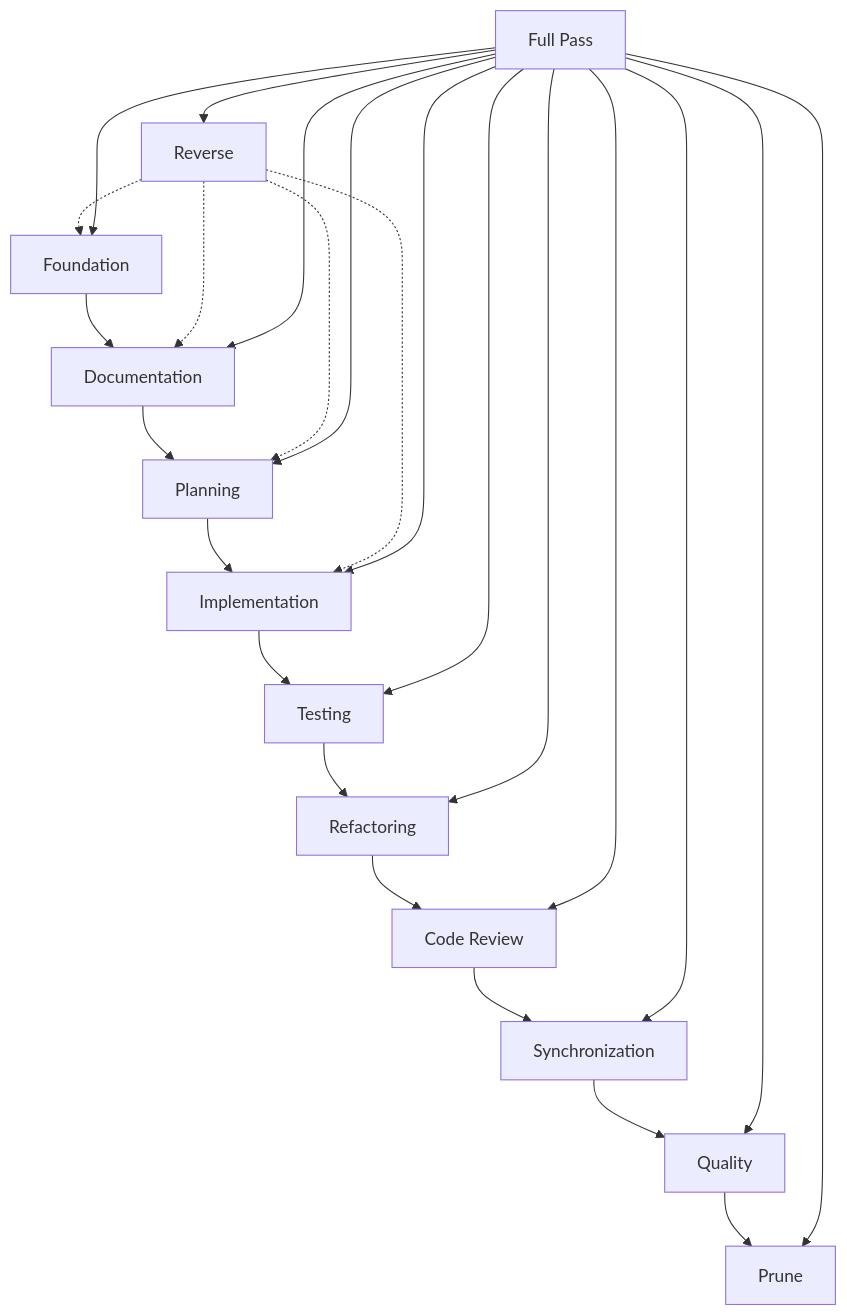
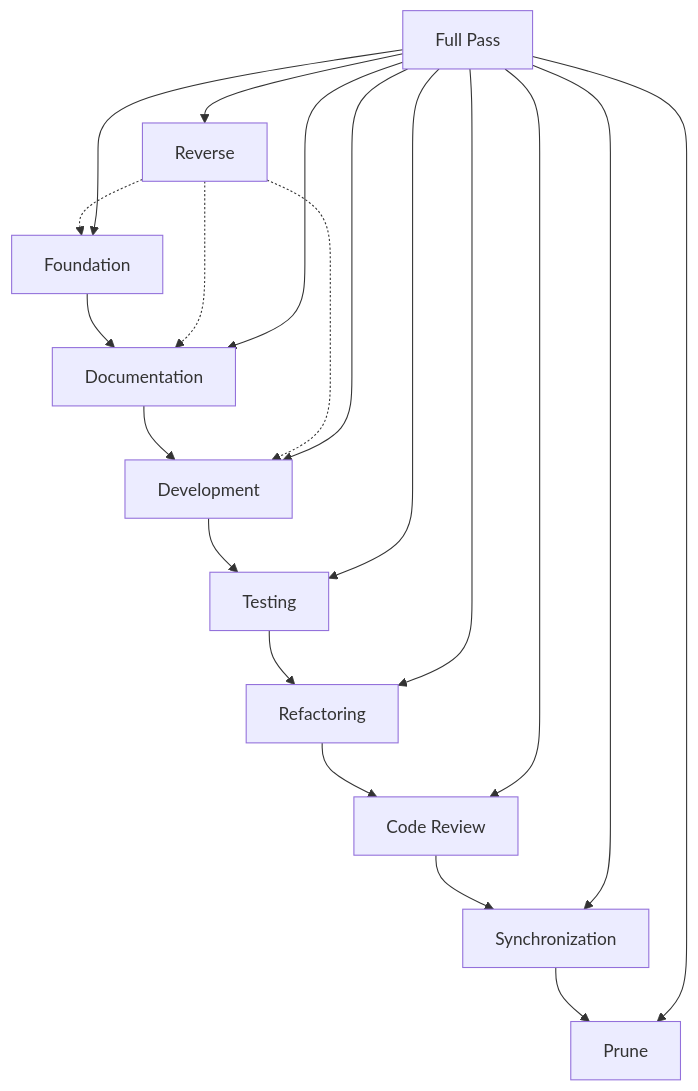
The second of 2 diagrams in docs/designs/DDD-PASSES.md (ningsuhen/agent3d), drawn with Mermaid before and after one commit. The commit also changed other lines of this file and 6 other files, not shown here.

````diff
--- a/docs/designs/DDD-PASSES.md
+++ b/docs/designs/DDD-PASSES.md
@@ -130,29 +118,24 @@
 ```mermaid
 graph TD
     F[Foundation] --> D[Documentation]
-    D --> PL[Planning]
-    PL --> I[Implementation]
-    I --> T[Testing]
+    D --> DEV[Development]
+    DEV --> T[Testing]
     T --> R[Refactoring]
     R --> CR[Code Review]
     CR --> S[Synchronization]
-    S --> Q[Quality]
-    Q --> P[Prune]
+    S --> P[Prune]
 
     Rev[Reverse] -.-> F
     Rev -.-> D
-    Rev -.-> PL
-    Rev -.-> I
+    Rev -.-> DEV
 
     Full[Full Pass] --> F
     Full --> D
-    Full --> PL
-    Full --> I
+    Full --> DEV
     Full --> T
     Full --> R
     Full --> CR
     Full --> S
-    Full --> Q
     Full --> P
     Full --> Rev
 ```
````
